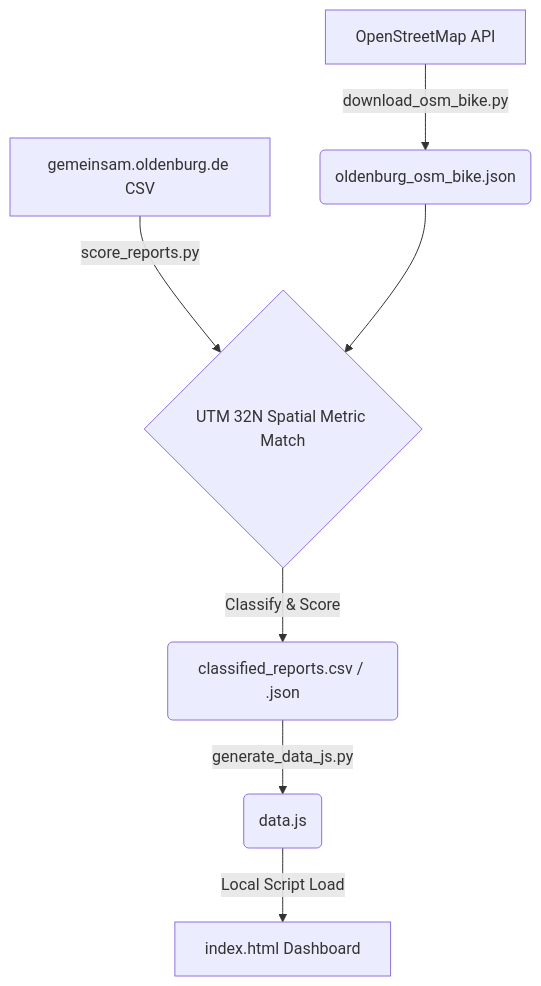
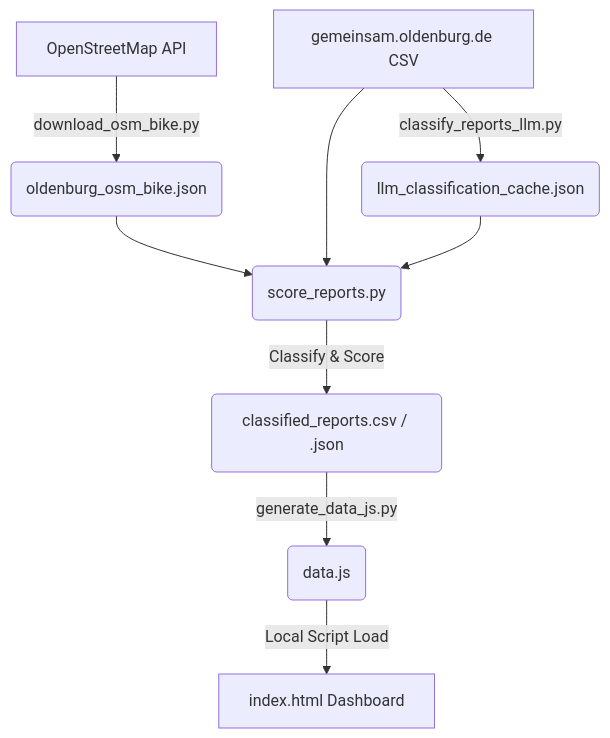
Before and after one commit to Fatih0234/oldenburg-stadt: the diagram in README.md, drawn with Mermaid. The commit also changed other lines of this file and 12 other files, not shown here.

Commit message:
feat: implement LLM classification engine and interactive dashboard time filter

````diff
--- a/README.md
+++ b/README.md
@@ -13,9 +13,11 @@
 ```mermaid
 graph TD
     A[OpenStreetMap API] -->|download_osm_bike.py| B(oldenburg_osm_bike.json)
-    C[gemeinsam.oldenburg.de CSV] -->|score_reports.py| D{UTM 32N Spatial Metric Match}
-    B --> D
-    D -->|Classify & Score| E(classified_reports.csv / .json)
-    E -->|generate_data_js.py| F(data.js)
-    F -->|Local Script Load| G[index.html Dashboard]
+    C[gemeinsam.oldenburg.de CSV] -->|classify_reports_llm.py| D(llm_classification_cache.json)
+    B --> E(score_reports.py)
+    C --> E
+    D --> E
+    E -->|Classify & Score| F(classified_reports.csv / .json)
+    F -->|generate_data_js.py| G(data.js)
+    G -->|Local Script Load| H[index.html Dashboard]
 ```
````
